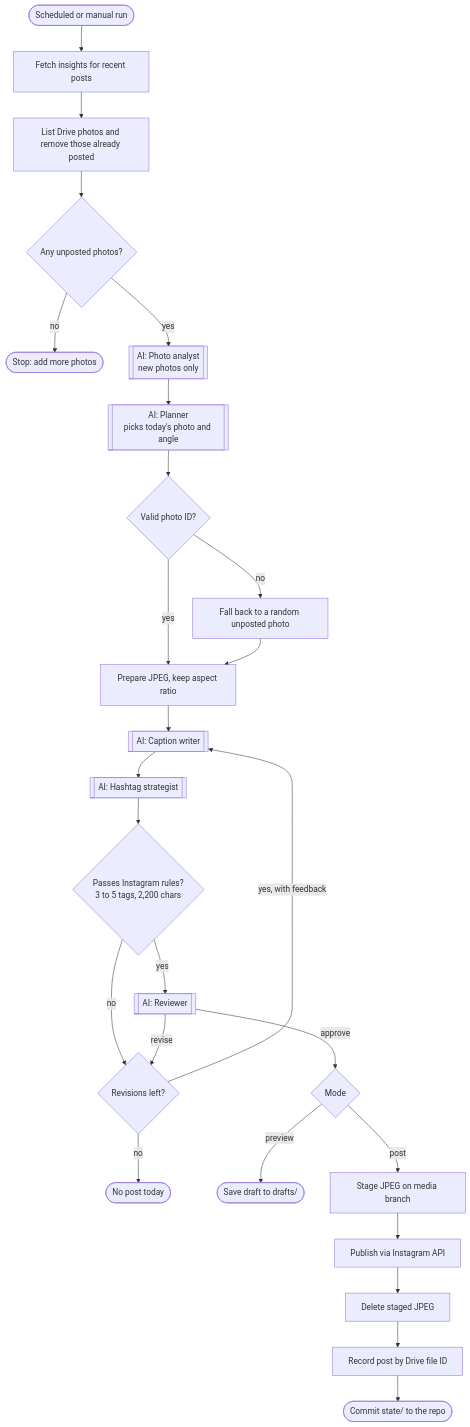
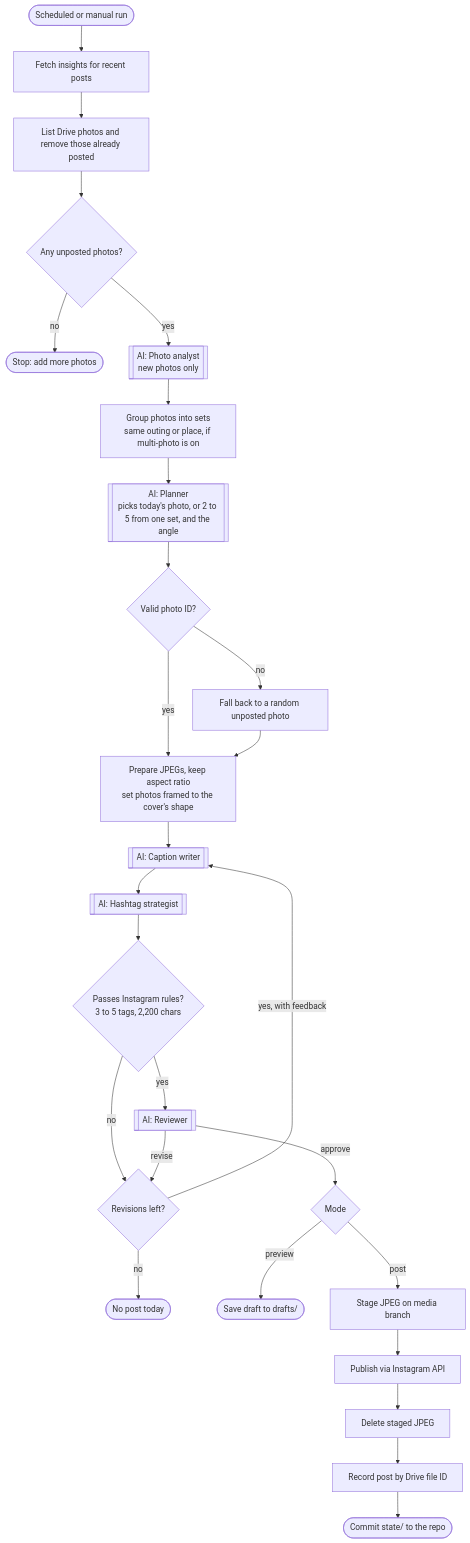
One commit to sritajkumarpatel/instaPostsForge changed the second of 3 diagrams in docs/ARCHITECTURE.md. Above: the diagram before and after it, drawn with Mermaid. The commit also changed other lines of this file and 26 other files, not shown here.

First line of the commit message:
Post 2 to 5 photos from one outing or place as a multi-photo post

````diff
--- a/docs/ARCHITECTURE.md
+++ b/docs/ARCHITECTURE.md
@@ -30,28 +30,29 @@
 ```mermaid
 flowchart TD
     Start([Scheduled or manual run]) --> Insights[Fetch insights for recent posts]
     Insights --> List[List Drive photos and remove those already posted]
     List --> Empty{Any unposted photos?}
     Empty -- no --> Stop([Stop: add more photos])
     Empty -- yes --> Analyst[["AI: Photo analyst<br/>new photos only"]]
-    Analyst --> Planner[["AI: Planner<br/>picks today's photo and angle"]]
+    Analyst --> Sets[Group photos into sets<br/>same outing or place, if multi-photo is on]
+    Sets --> Planner[["AI: Planner<br/>picks today's photo, or 2 to 5 from one set, and the angle"]]
     Planner --> ValidPick{Valid photo ID?}
     ValidPick -- no --> Random[Fall back to a random unposted photo]
     ValidPick -- yes --> Prepare
-    Random --> Prepare[Prepare JPEG, keep aspect ratio]
+    Random --> Prepare[Prepare JPEGs, keep aspect ratio<br/>set photos framed to the cover's shape]
     Prepare --> Writer[["AI: Caption writer"]]
     Writer --> Tags[["AI: Hashtag strategist"]]
     Tags --> Rules{"Passes Instagram rules?<br/>3 to 5 tags, 2,200 chars"}
     Rules -- no --> Retry{Revisions left?}
     Rules -- yes --> Reviewer[["AI: Reviewer"]]
     Reviewer -- revise --> Retry
     Retry -- yes, with feedback --> Writer
     Retry -- no --> Skip([No post today])
     Reviewer -- approve --> Mode{Mode}
     Mode -- preview --> Draft([Save draft to drafts/])
     Mode -- post --> Stage[Stage JPEG on media branch]
     Stage --> Publish[Publish via Instagram API]
     Publish --> Cleanup[Delete staged JPEG]
     Cleanup --> Record[Record post by Drive file ID]
     Record --> Commit([Commit state/ to the repo])
 ```
````
